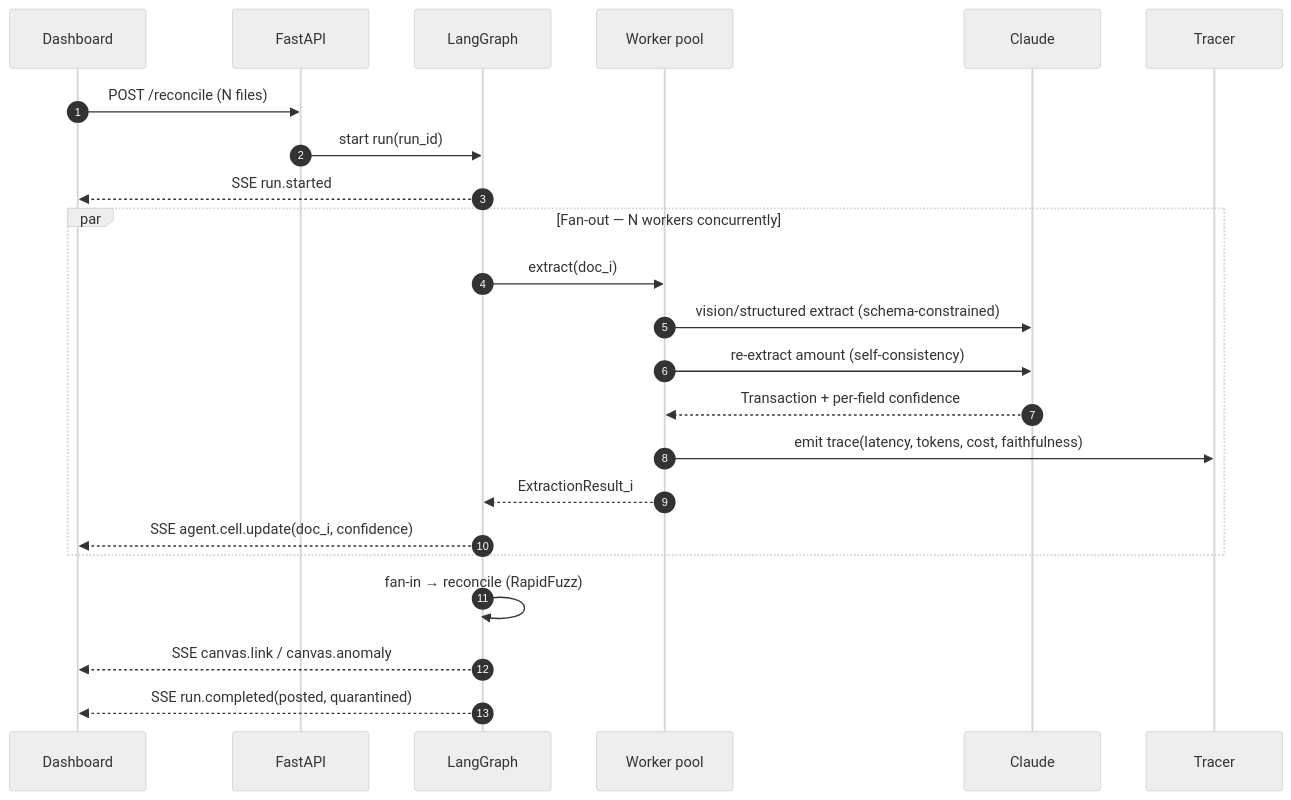
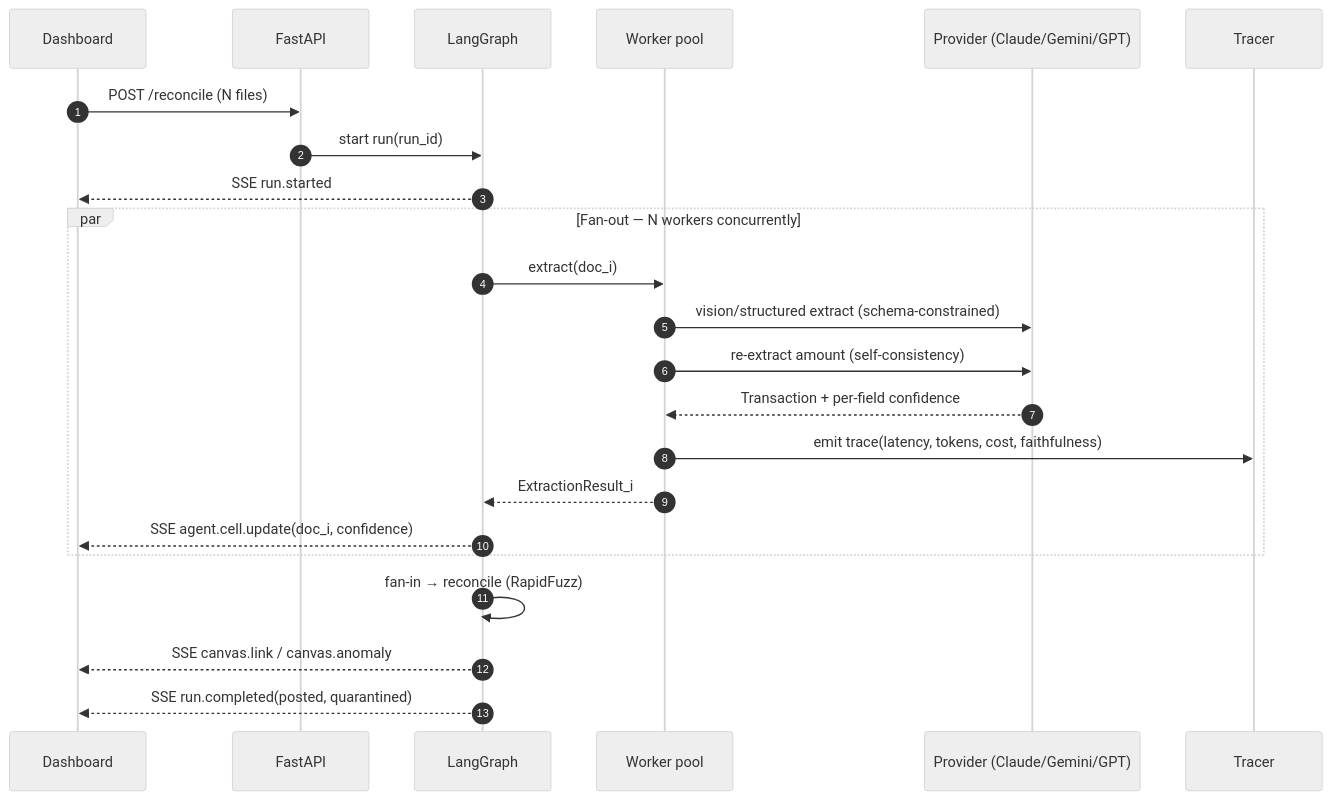
The third of 6 diagrams in ARCHITECTURE.md (mhussam-ai/ledger-sentinel), drawn with Mermaid (neutral theme) before and after one commit. The commit also changed other lines of this file and 23 other files, not shown here.

First line of the commit message:
feat: pluggable multi-provider model support (Anthropic / Gemini / OpenAI / Mock) (#2)

````diff
--- a/ARCHITECTURE.md
+++ b/ARCHITECTURE.md
@@ -116,26 +116,26 @@
 ```mermaid
 sequenceDiagram
     autonumber
     participant UI as Dashboard
     participant API as FastAPI
     participant G as LangGraph
     participant W as Worker pool
-    participant LLM as Claude
+    participant LLM as Provider (Claude/Gemini/GPT)
     participant T as Tracer
 
     UI->>API: POST /reconcile (N files)
     API->>G: start run(run_id)
     G-->>UI: SSE run.started
     par Fan-out — N workers concurrently
         G->>W: extract(doc_i)
         W->>LLM: vision/structured extract (schema-constrained)
         W->>LLM: re-extract amount (self-consistency)
         LLM-->>W: Transaction + per-field confidence
         W->>T: emit trace(latency, tokens, cost, faithfulness)
         W-->>G: ExtractionResult_i
         G-->>UI: SSE agent.cell.update(doc_i, confidence)
     end
     G->>G: fan-in → reconcile (RapidFuzz)
     G-->>UI: SSE canvas.link / canvas.anomaly
     G-->>UI: SSE run.completed(posted, quarantined)
 ```
````
